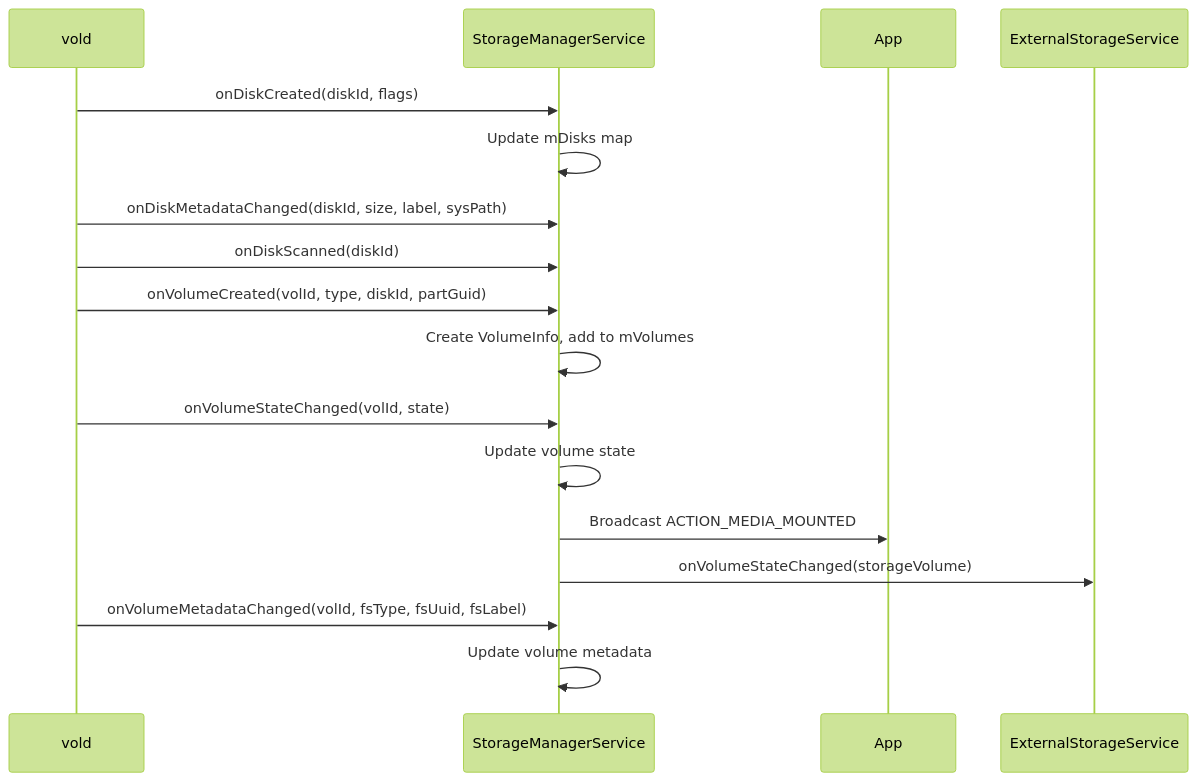
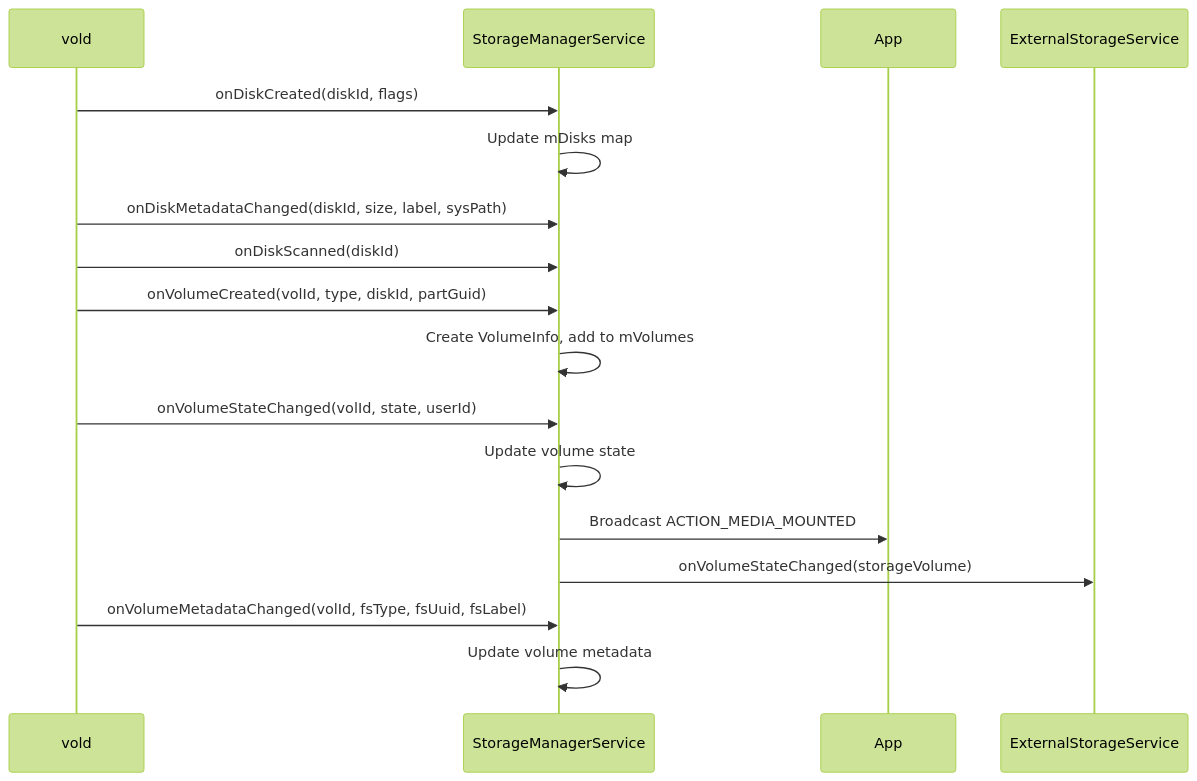
One commit to aospbooks/aosp-internal-book changed the fifth of 26 diagrams in agents/claude/skills/aosp-framework-services/34-storage.md. Above: the diagram before and after it, drawn with Mermaid (forest theme). The commit also changed other lines of this file and 137 other files, not shown here.

````diff
--- a/agents/claude/skills/aosp-framework-services/34-storage.md
+++ b/agents/claude/skills/aosp-framework-services/34-storage.md
@@ -1085,23 +1085,23 @@
 ```mermaid
 sequenceDiagram
     participant vold
     participant SMS as StorageManagerService
     participant App
     participant ESS as ExternalStorageService
 
     vold->>SMS: onDiskCreated(diskId, flags)
     SMS->>SMS: Update mDisks map
     vold->>SMS: onDiskMetadataChanged(diskId, size, label, sysPath)
     vold->>SMS: onDiskScanned(diskId)
 
     vold->>SMS: onVolumeCreated(volId, type, diskId, partGuid)
     SMS->>SMS: Create VolumeInfo, add to mVolumes
 
-    vold->>SMS: onVolumeStateChanged(volId, state)
+    vold->>SMS: onVolumeStateChanged(volId, state, userId)
     SMS->>SMS: Update volume state
     SMS->>App: Broadcast ACTION_MEDIA_MOUNTED
     SMS->>ESS: onVolumeStateChanged(storageVolume)
 
     vold->>SMS: onVolumeMetadataChanged(volId, fsType, fsUuid, fsLabel)
     SMS->>SMS: Update volume metadata
 ```
````
